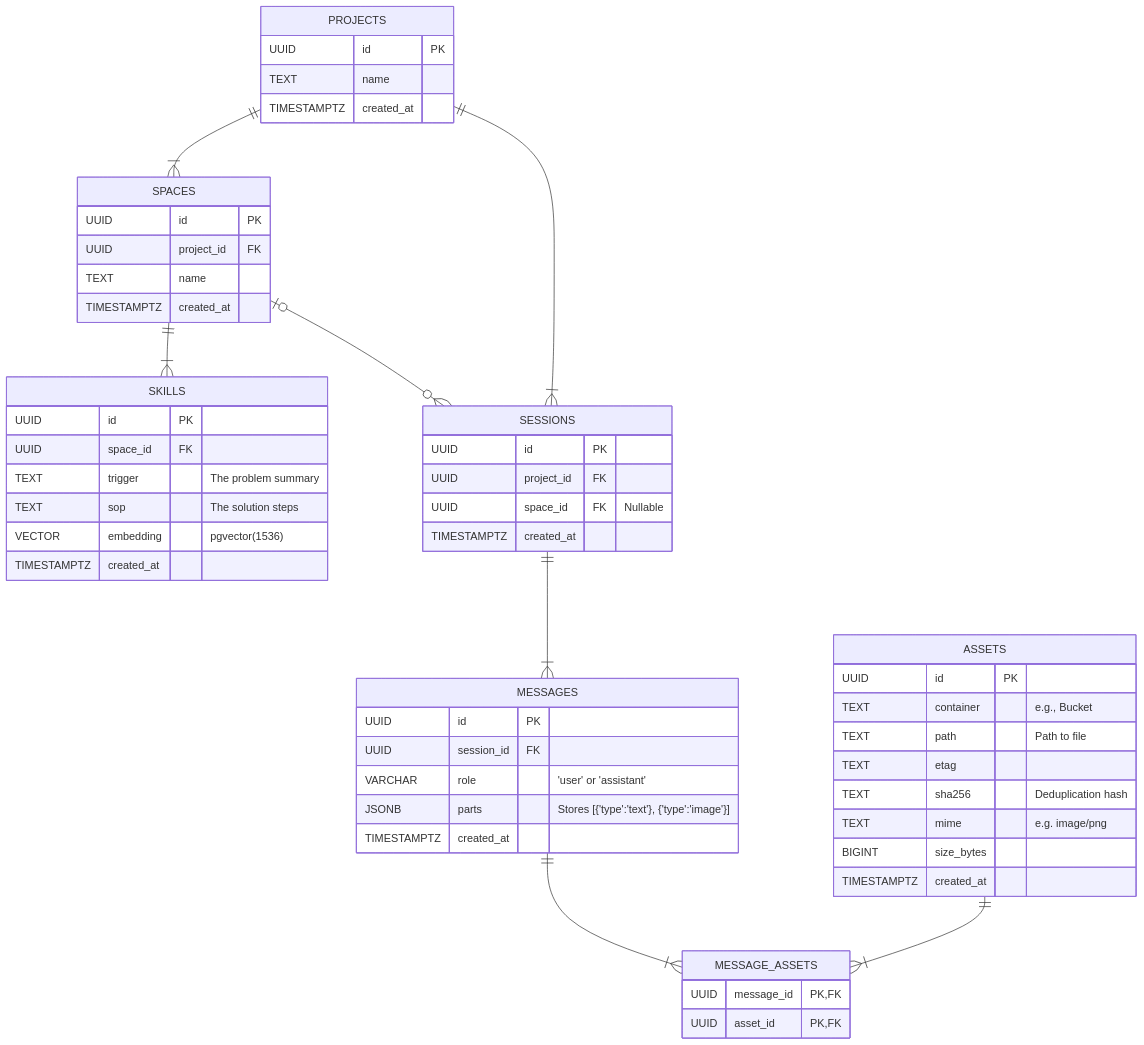
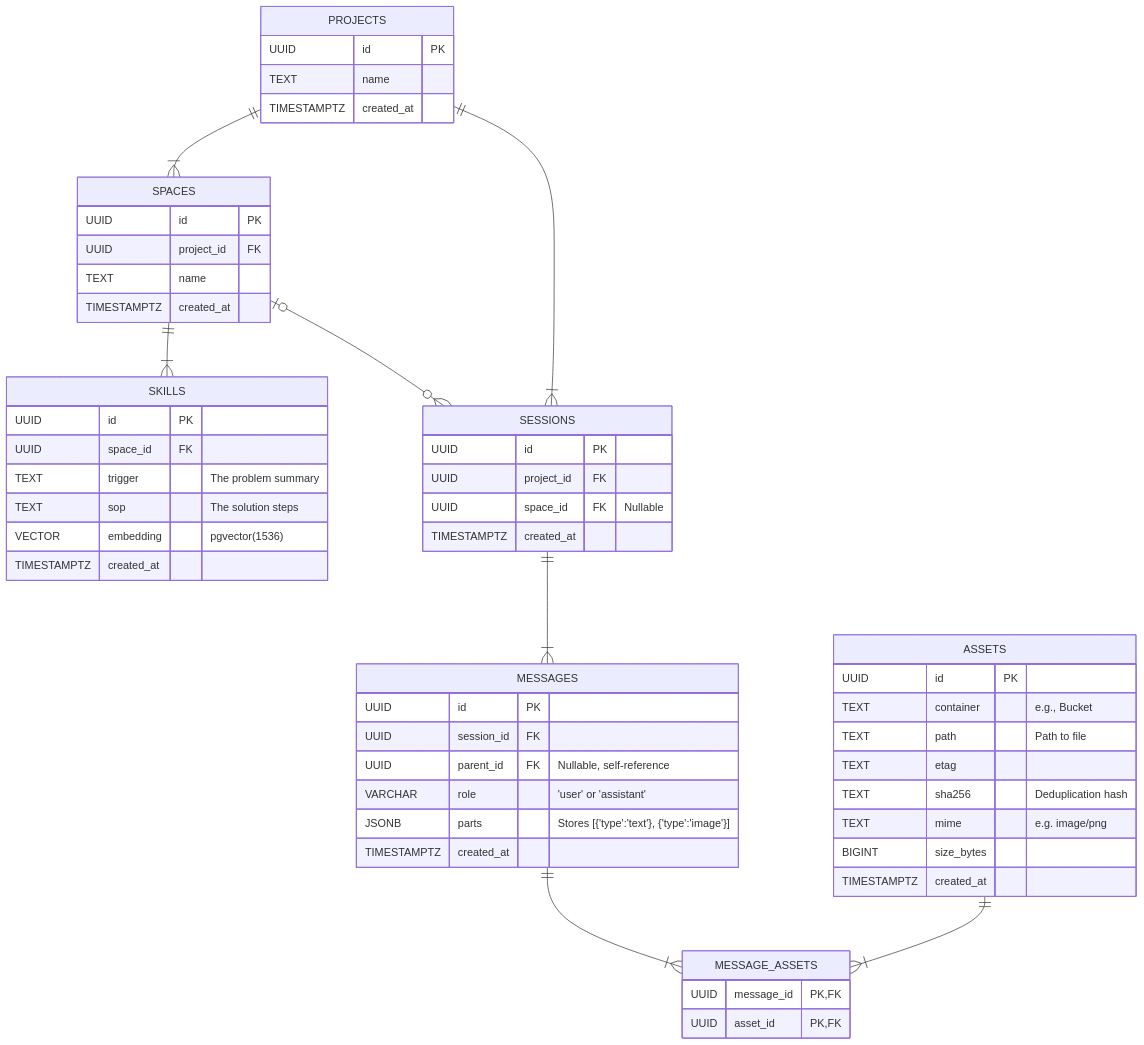
The second of 2 diagrams in README.md (w-h-a/gomento), drawn with Mermaid before and after one commit. The commit also changed 3 other files, not shown here.

````diff
--- a/README.md
+++ b/README.md
@@ -81,66 +81,67 @@
 ```mermaid
 erDiagram
     PROJECTS {
         UUID id PK
         TEXT name
         TIMESTAMPTZ created_at
     }
 
     SPACES {
         UUID id PK
         UUID project_id FK
         TEXT name
         TIMESTAMPTZ created_at
     }
 
     SKILLS {
         UUID id PK
         UUID space_id FK
         TEXT trigger "The problem summary"
         TEXT sop "The solution steps"
         VECTOR embedding "pgvector(1536)"
         TIMESTAMPTZ created_at
     }
 
     SESSIONS {
         UUID id PK
         UUID project_id FK
         UUID space_id FK "Nullable"
         TIMESTAMPTZ created_at
     }
 
     MESSAGES {
         UUID id PK
         UUID session_id FK
+        UUID parent_id FK "Nullable, self-reference"
         VARCHAR role "'user' or 'assistant'"
         JSONB parts "Stores [{'type':'text'}, {'type':'image'}]"
         TIMESTAMPTZ created_at
     }
 
     ASSETS {
         UUID id PK
         TEXT container "e.g., Bucket"
         TEXT path "Path to file"
         TEXT etag
         TEXT sha256 "Deduplication hash"
         TEXT mime "e.g. image/png"
         BIGINT size_bytes
         TIMESTAMPTZ created_at
     }
 
     MESSAGE_ASSETS {
         UUID message_id PK, FK
         UUID asset_id PK, FK
     }
 
     PROJECTS ||--|{ SPACES : ""
     PROJECTS ||--|{ SESSIONS : ""
     
     SPACES ||--|{ SKILLS : ""
     SPACES |o--o{ SESSIONS : ""
     
     SESSIONS ||--|{ MESSAGES : ""
 
     MESSAGES ||--|{ MESSAGE_ASSETS : ""
     ASSETS ||--|{ MESSAGE_ASSETS : ""
 ```
````
